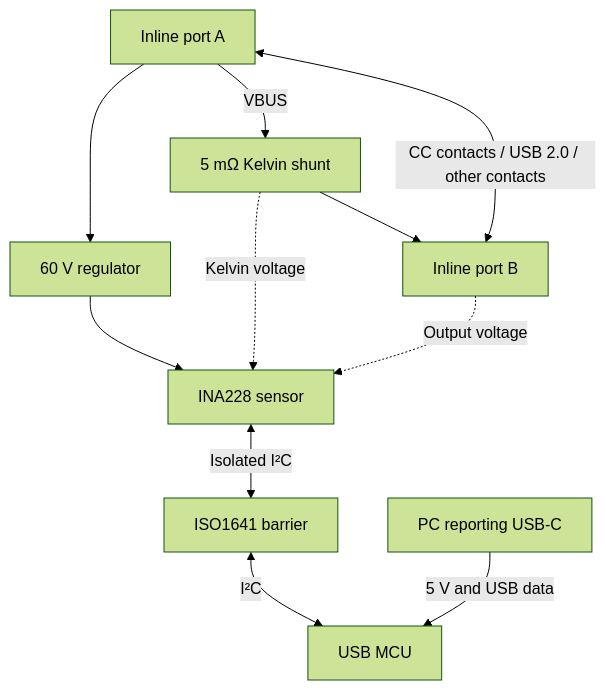
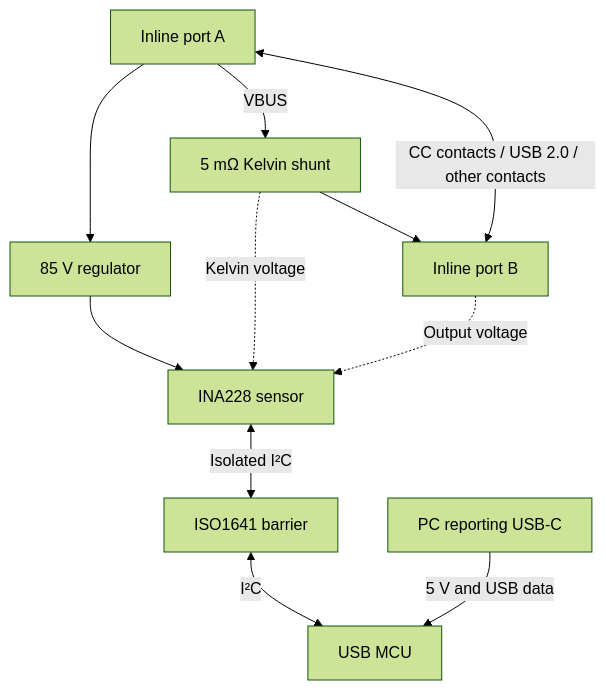
One commit to thereprocase/power-widget changed the diagram in docs/architecture.md. Above: the diagram before and after it, drawn with Mermaid (forest theme). The commit also changed other lines of this file and 67 other files, not shown here.

````diff
--- a/docs/architecture.md
+++ b/docs/architecture.md
@@ -7,13 +7,13 @@
 ```mermaid
 flowchart TD
   A["Inline port A"] -->|VBUS| R["5 mΩ Kelvin shunt"]
   R --> B["Inline port B"]
   A <-->|"CC contacts / USB 2.0 / other contacts"| B
-  A --> L["60 V regulator"]
+  A --> L["85 V regulator"]
   L --> S["INA228 sensor"]
   R -. "Kelvin voltage" .-> S
   B -. "Output voltage" .-> S
   S <-->|"Isolated I²C"| I["ISO1641 barrier"]
   I <-->|I²C| M["USB MCU"]
   P["PC reporting USB-C"] -->|"5 V and USB data"| M
 ```
````
